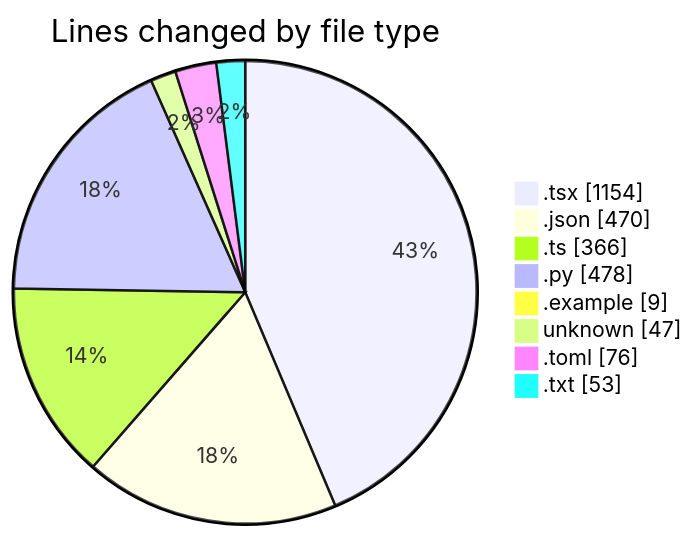
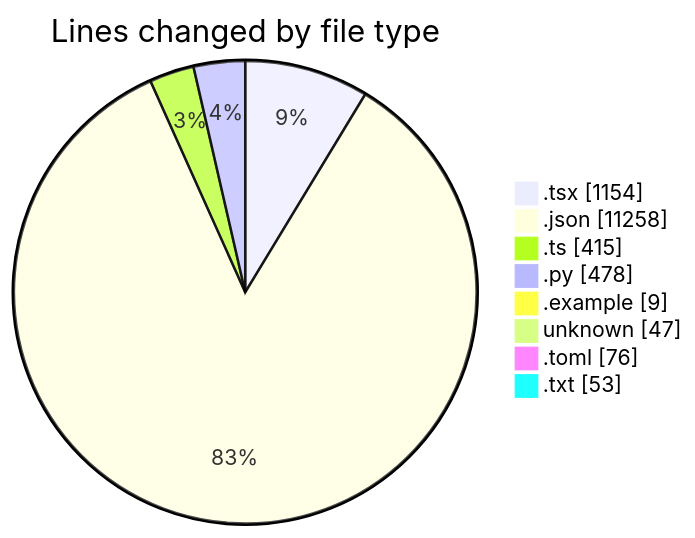
The first of 2 diagrams in 2025-04-30/niten/README.md (Elitesun/code-tracking), drawn with Mermaid before and after one commit. The commit also changed other lines of this file and 1 other file, not shown here.

````diff
--- a/2025-04-30/niten/README.md
+++ b/2025-04-30/niten/README.md
@@ -57,12 +60,12 @@
 ```mermaid
 pie showData
 title Lines changed by file type
 ".tsx" : 1154
-".json" : 470
-".ts" : 366
+".json" : 11258
+".ts" : 415
 ".py" : 478
 ".example" : 9
 "unknown" : 47
 ".toml" : 76
 ".txt" : 53
 ```
````
